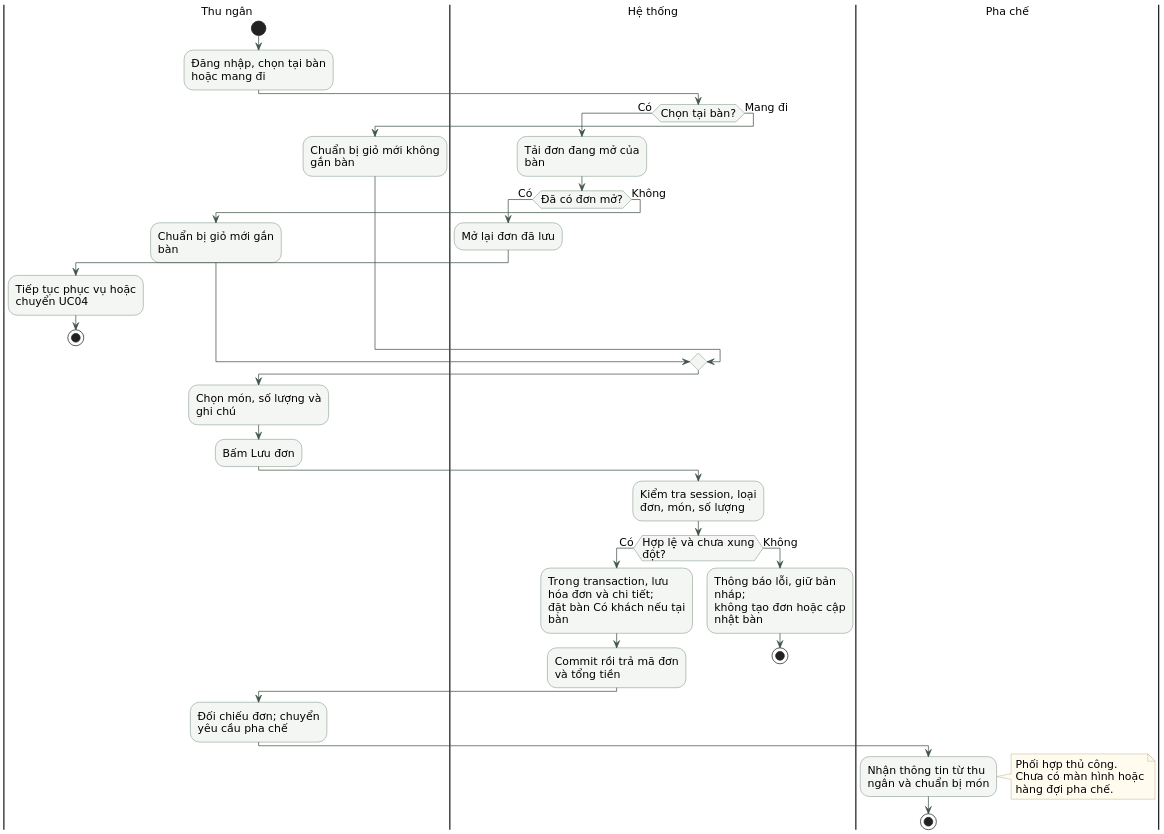
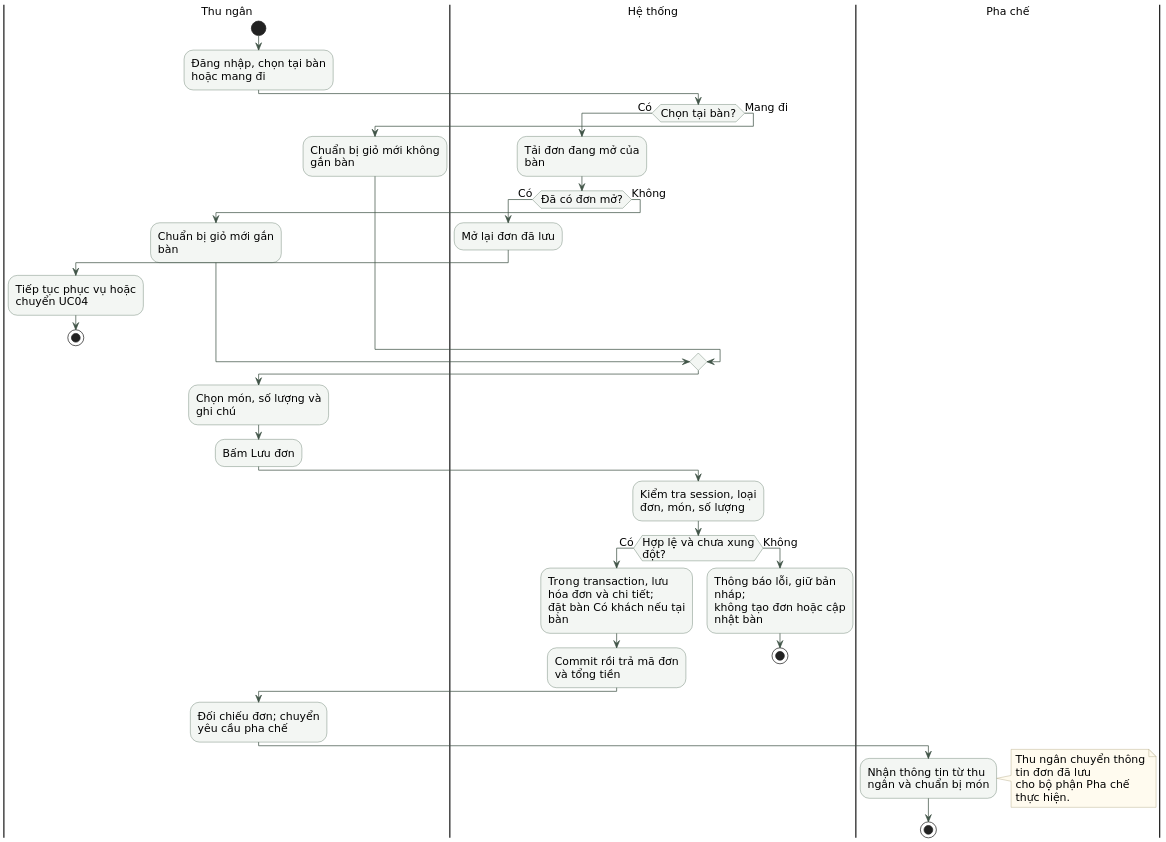
One commit to KDY006/PTTKYC-Coffee changed the diagram in 02_SourceCode_WebJava_Prototype/BanGiao_UML/ACT_UC03_Tao_don.puml. Above: the diagram before and after it, drawn with PlantUML. The commit also changed 4 other files, not shown here.

Commit message:
docs: add UML diagrams, database schema, and project documentation

```diff
--- a/02_SourceCode_WebJava_Prototype/BanGiao_UML/ACT_UC03_Tao_don.puml
+++ b/02_SourceCode_WebJava_Prototype/BanGiao_UML/ACT_UC03_Tao_don.puml
@@ -1,58 +1,58 @@
 @startuml
 skinparam defaultFontName DejaVu Sans
 skinparam defaultFontSize 15
 skinparam shadowing false
 skinparam BackgroundColor white
 skinparam ArrowColor #405447
 skinparam activityBackgroundColor #F3F6F3
 skinparam activityBorderColor #47634F
 skinparam sequenceParticipantBackgroundColor #F1F5F1
 skinparam sequenceLifeLineBorderColor #829388
 skinparam sequenceActivationBackgroundColor #DAE6DD
 skinparam sequenceActivationBorderColor #52705B
 skinparam noteBackgroundColor #FFFBEF
 skinparam noteBorderColor #A4986E
 skinparam dpi 170
 skinparam wrapWidth 190
 skinparam maxMessageSize 360
 skinparam noteTextAlignment left
 |Thu ngân|
 start
 :Đăng nhập, chọn tại bàn hoặc mang đi;
 |Hệ thống|
 if (Chọn tại bàn?) then (Có)
   :Tải đơn đang mở của bàn;
   if (Đã có đơn mở?) then (Có)
     :Mở lại đơn đã lưu;
     |Thu ngân|
     :Tiếp tục phục vụ hoặc chuyển UC04;
     stop
   else (Không)
     :Chuẩn bị giỏ mới gắn bàn;
   endif
 else (Mang đi)
   :Chuẩn bị giỏ mới không gắn bàn;
 endif
 |Thu ngân|
 :Chọn món, số lượng và ghi chú;
 :Bấm Lưu đơn;
 |Hệ thống|
 :Kiểm tra session, loại đơn, món, số lượng;
 if (Hợp lệ và chưa xung đột?) then (Có)
   :Trong transaction, lưu hóa đơn và chi tiết;\nđặt bàn Có khách nếu tại bàn;
   :Commit rồi trả mã đơn và tổng tiền;
 else (Không)
   :Thông báo lỗi, giữ bản nháp;\nkhông tạo đơn hoặc cập nhật bàn;
   stop
 endif
 |Thu ngân|
 :Đối chiếu đơn; chuyển yêu cầu pha chế;
 |Pha chế|
 :Nhận thông tin từ thu ngân và chuẩn bị món;
 note right
-  Phối hợp thủ công.
-  Chưa có màn hình hoặc hàng đợi pha chế.
+  Thu ngân chuyển thông tin đơn đã lưu
+  cho bộ phận Pha chế thực hiện.
 end note
 stop
 
 @enduml
```
